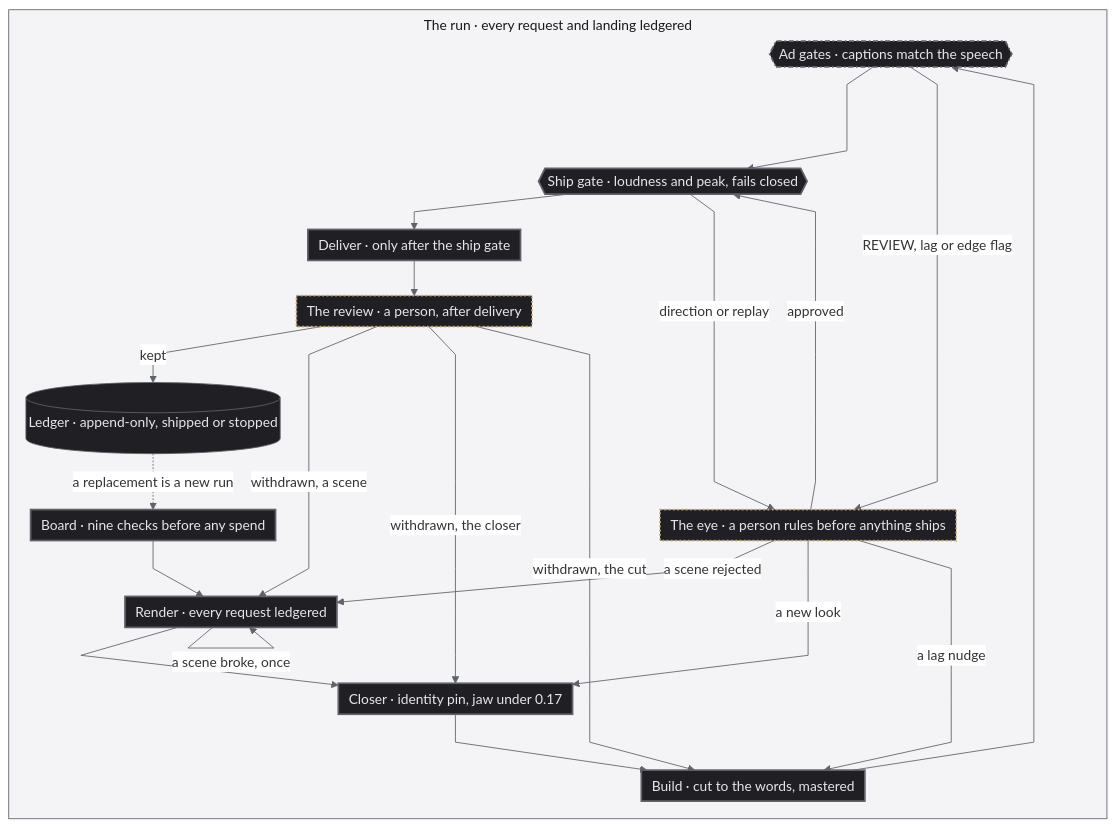
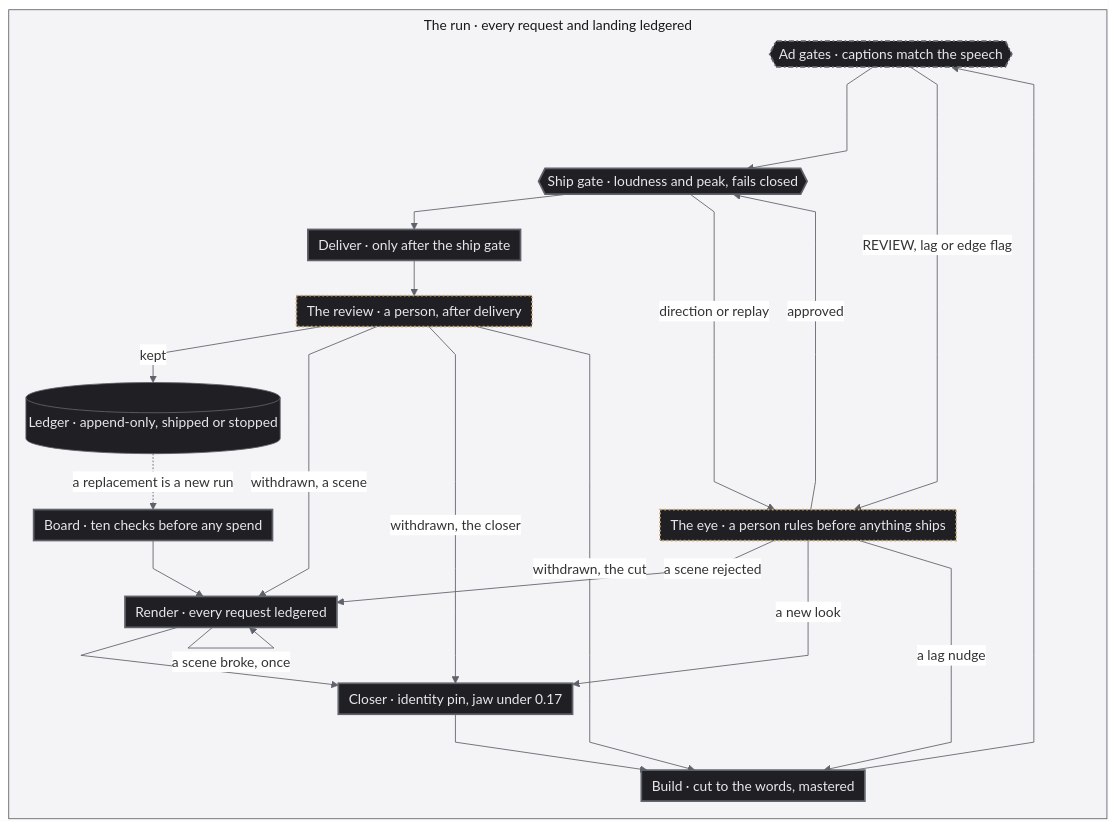
One commit to jameswniu/autonomous-ads-pipeline-multimodal-evals changed the diagram in README.md. Above: the diagram before and after it, drawn with Mermaid. The commit also changed other lines of this file and 17 other files, not shown here.

````diff
--- a/README.md
+++ b/README.md
@@ -169,40 +169,40 @@
 ```mermaid
 %%{init: {'flowchart': {'curve': 'linear', 'nodeSpacing': 20, 'rankSpacing': 16, 'padding': 6, 'diagramPadding': 2, 'wrappingWidth': 520, 'subGraphTitleMargin': {'top': 6, 'bottom': 10}}, 'themeVariables': {'fontSize': '16px', 'lineColor': '#5f626a', 'edgeLabelBackground': '#ffffff', 'clusterBkg': '#f4f4f7', 'clusterBorder': '#5f626a', 'titleColor': '#18181c'}}}%%
 flowchart TD
     subgraph RUN["The run · every request and landing ledgered"]
         direction TB
         ad_gates{{"Ad gates · captions match the speech"}}
         %% GH is an invisible twin of the eye, it balances the spine so the steps stay in one column
         ad_gates ~~~ GH["The eye · a person rules before anything ships"]
         GH ~~~ ship_gate
-        board["Board · nine checks before any spend"] --> render["Render · every request ledgered"] --> closer["Closer · identity pin, jaw under 0.17"] --> build["Build · cut to the words, mastered"] --> ad_gates --> ship_gate{{"Ship gate · loudness and peak, fails closed"}} --> deliver["Deliver · only after the ship gate"]
+        board["Board · ten checks before any spend"] --> render["Render · every request ledgered"] --> closer["Closer · identity pin, jaw under 0.17"] --> build["Build · cut to the words, mastered"] --> ad_gates --> ship_gate{{"Ship gate · loudness and peak, fails closed"}} --> deliver["Deliver · only after the ship gate"]
         deliver --> review["The review · a person, after delivery"]
         review -->|"kept"| ledger[("Ledger · append-only, shipped or stopped")]
         render -->|"a scene broke, once"| render
         ad_gates -->|"REVIEW, lag or edge flag"| eye["The eye · a person rules before anything ships"]
         eye -->|"approved"| ship_gate
         eye -->|"a scene rejected"| render
         eye -->|"a new look"| closer
         eye -->|"a lag nudge"| build
         ship_gate -->|"direction or replay"| eye
         review -->|"withdrawn, a scene"| render
         review -->|"withdrawn, the closer"| closer
         review -->|"withdrawn, the cut"| build
         ledger -.->|"a replacement is a new run"| board
     end
 
     classDef run fill:#202024,stroke:#5f626a,color:#e6e6ec
     classDef process fill:#202024,stroke:#5f626a,stroke-width:2px,color:#e6e6ec
     classDef outcome fill:#202024,stroke:#5f626a,stroke-width:2px,stroke-dasharray:6 3,color:#e6e6ec
     classDef quality fill:#202024,stroke:#c9a86a,stroke-width:2px,stroke-dasharray:2 3,color:#e6e6ec
     classDef shared fill:#202024,stroke:#5f626a,stroke-width:2px,stroke-dasharray:6 3 2 3,color:#e6e6ec
     classDef ghost fill:none,stroke:none,color:transparent
     class ledger run
     class board,render,closer,build,ship_gate,deliver process
     class ad_gates outcome
     class ad_gates quality
     class ad_gates shared
     class eye,review quality
     class GH ghost
     style RUN fill:#f4f4f7,stroke:#5f626a,color:#18181c
 ```
````
